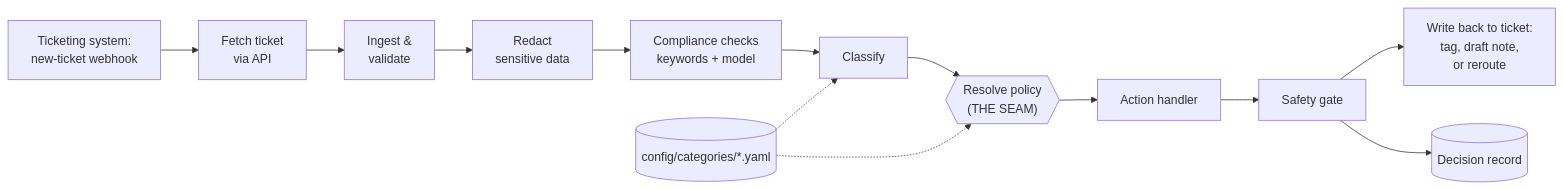
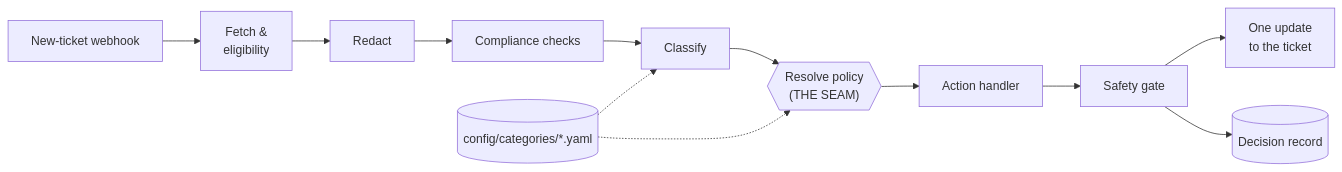
One commit to jrs-25/teller changed the diagram in RFC.md. Above: the diagram before and after it, drawn with Mermaid. The commit also changed other lines of this file and 7 other files, not shown here.

````diff
--- a/RFC.md
+++ b/RFC.md
@@ -46,15 +36,14 @@
 ```mermaid
 flowchart LR
-    W[Ticketing system:<br/>new-ticket webhook] --> A[Fetch ticket<br/>via API]
-    A --> B[Ingest &<br/>validate]
-    B --> C[Redact<br/>sensitive data]
-    C --> D[Compliance checks<br/>keywords + model]
+    W[New-ticket webhook] --> B[Fetch &<br/>eligibility]
+    B --> C[Redact]
+    C --> D[Compliance checks]
     D --> E[Classify]
     E --> F{{"Resolve policy<br/>(THE SEAM)"}}
     F --> G[Action handler]
     G --> H[Safety gate]
-    H --> I[Write back to ticket:<br/>tag, draft note,<br/>or reroute]
+    H --> I[One update<br/>to the ticket]
     H --> J[(Decision record)]
     CFG[(config/categories/*.yaml)] -.-> E
     CFG -.-> F
 ```
````
